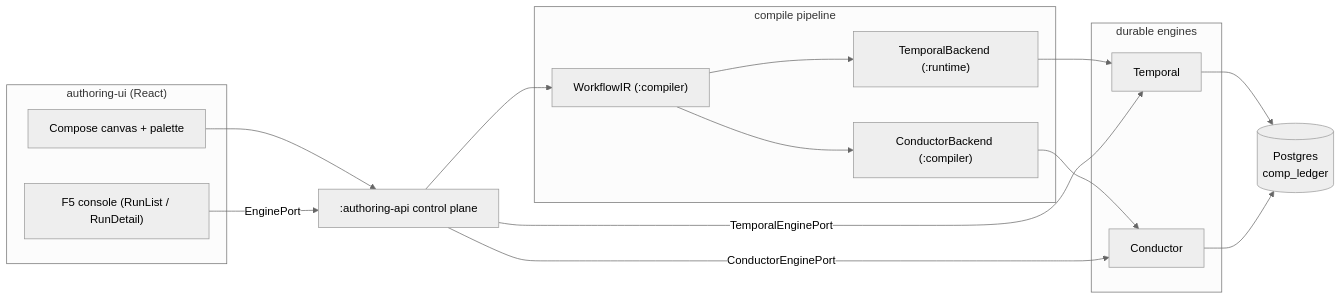
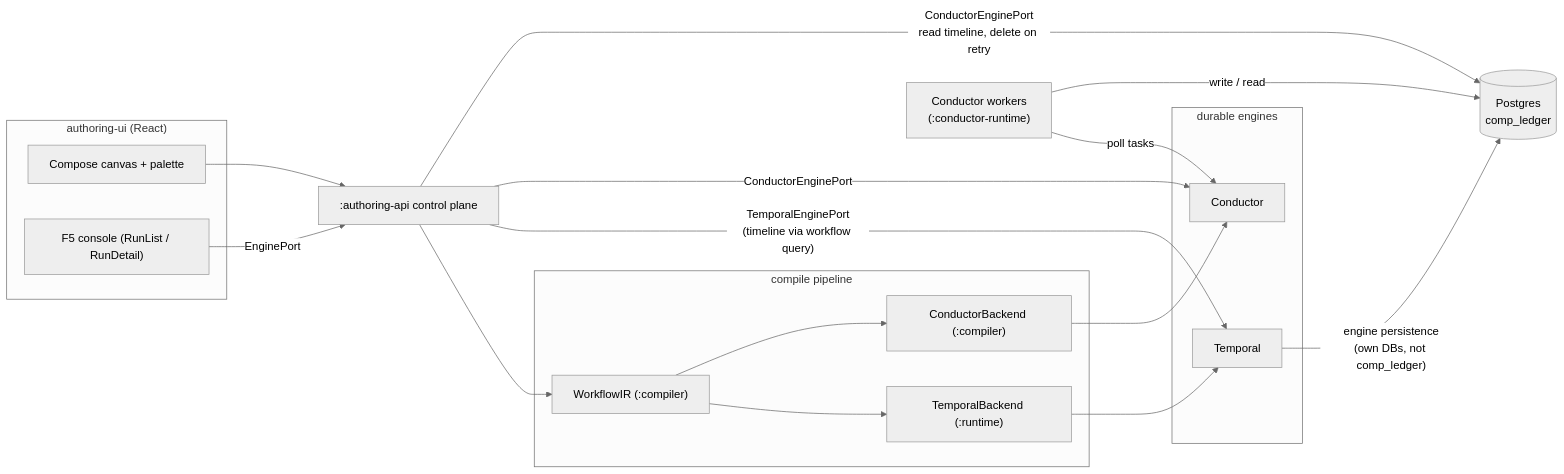
The first of 6 diagrams in docs/architecture.md (yggdrasil-iiot/hermod), drawn with Mermaid (neutral theme) before and after one commit. The commit also changed other lines of this file and 5 other files, not shown here.

````diff
--- a/docs/architecture.md
+++ b/docs/architecture.md
@@ -27,28 +33,31 @@
 ```mermaid
 flowchart LR
   subgraph UI["authoring-ui (React)"]
     canvas["Compose canvas + palette"]
     console["F5 console (RunList / RunDetail)"]
   end
   api[":authoring-api control plane"]
   subgraph compile["compile pipeline"]
     ir["WorkflowIR (:compiler)"]
     tb["TemporalBackend (:runtime)"]
     cb["ConductorBackend (:compiler)"]
   end
   subgraph engines["durable engines"]
     temporal["Temporal"]
     conductor["Conductor"]
   end
+  cw["Conductor workers<br/>(:conductor-runtime)"]
   pg[("Postgres<br/>comp_ledger")]
 
   canvas --> api
   api --> ir
   ir --> tb --> temporal
   ir --> cb --> conductor
-  temporal --> pg
-  conductor --> pg
+  temporal -->|"engine persistence<br/>(own DBs, not comp_ledger)"| pg
+  cw -->|poll tasks| conductor
+  cw -->|"write / read"| pg
   console -->|EnginePort| api
-  api -->|TemporalEnginePort| temporal
+  api -->|"TemporalEnginePort<br/>(timeline via workflow query)"| temporal
   api -->|ConductorEnginePort| conductor
+  api -->|"ConductorEnginePort<br/>read timeline, delete on retry"| pg
 ```
````
